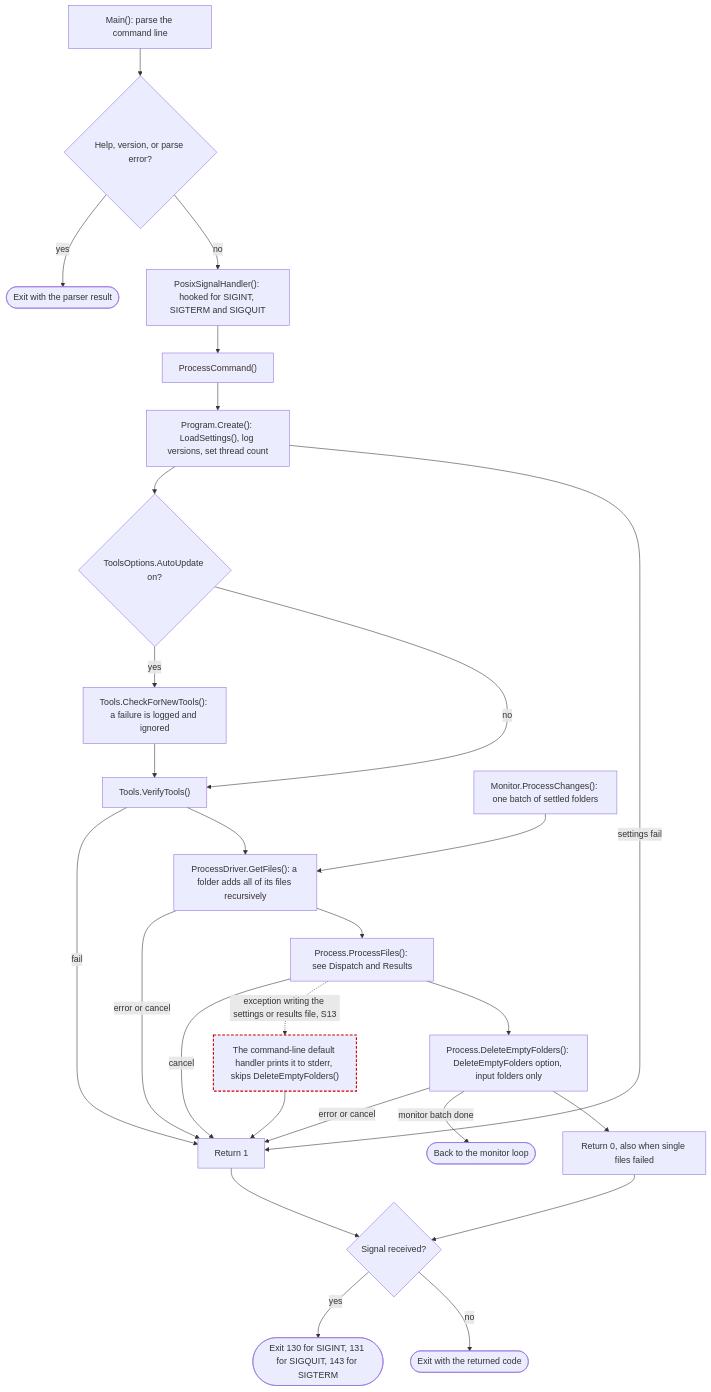
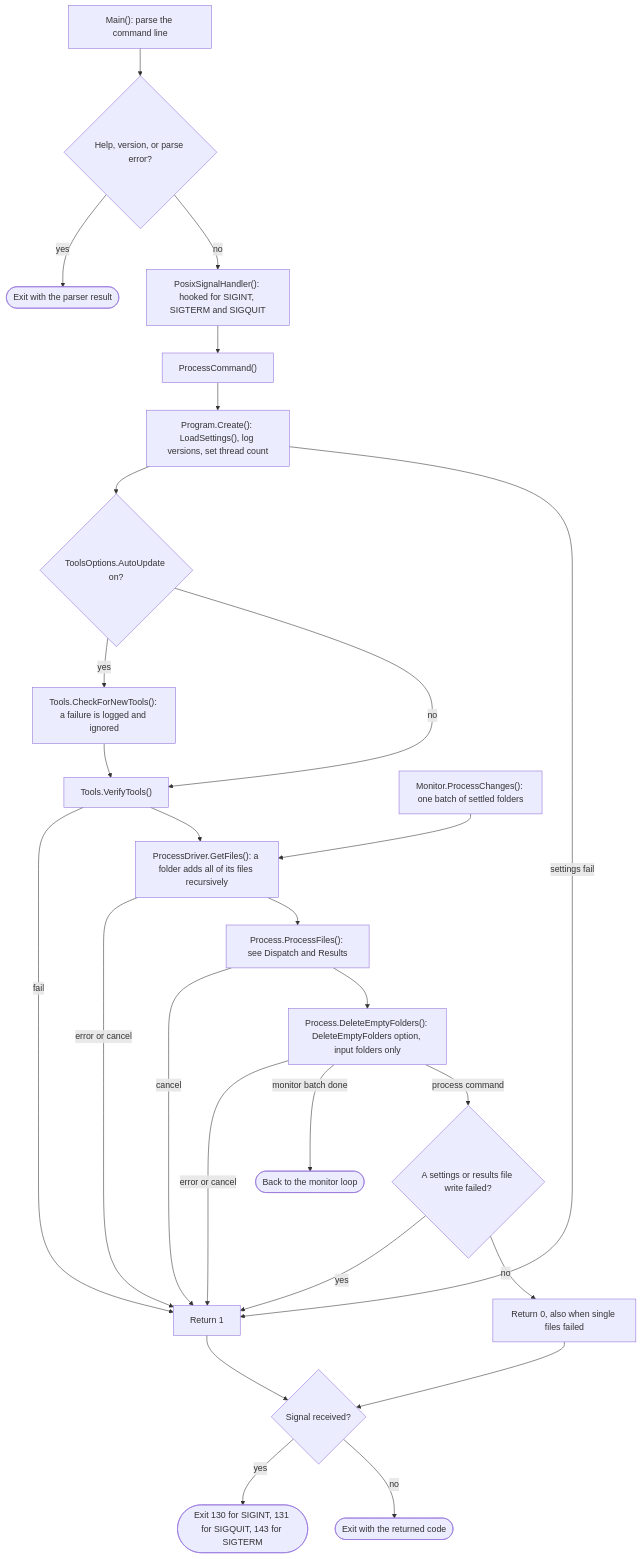
One commit to ptr727/PlexCleaner changed the first of 19 diagrams in ARCHITECTURE.md. Above: the diagram before and after it, drawn with Mermaid. The commit also changed other lines of this file, not shown here.

First line of the commit message:
Redraw Fixed Branches and Split Wide Charts in ARCHITECTURE.md (#1131)

````diff
--- a/ARCHITECTURE.md
+++ b/ARCHITECTURE.md
@@ -227,30 +227,29 @@
 ```mermaid
 flowchart TD
   A["Main(): parse the command line"] --> A1{"Help, version, or parse error?"}
   A1 -->|yes| AX(["Exit with the parser result"])
   A1 -->|no| A2["PosixSignalHandler(): hooked for SIGINT, SIGTERM and SIGQUIT"]
   A2 --> B["ProcessCommand()"]
   B --> C["Program.Create(): LoadSettings(), log versions, set thread count"]
   C --> C1{"ToolsOptions.AutoUpdate on?"}
   C1 -->|yes| C2["Tools.CheckForNewTools(): a failure is logged and ignored"]
   C1 -->|no| C3
   C2 --> C3["Tools.VerifyTools()"]
   C --> |settings fail| R1
   C3 -->|fail| R1["Return 1"]
   C3 --> D["ProcessDriver.GetFiles(): a folder adds all of its files recursively"]
   MON["Monitor.ProcessChanges(): one batch of settled folders"] --> D
   D -->|error or cancel| R1
   D --> F["Process.ProcessFiles(): see Dispatch and Results"]
   F -->|cancel| R1
-  F -.->|"exception writing the settings or results file, S13"| CRASH["The command-line default handler prints it to stderr, skips DeleteEmptyFolders()"]:::suspect
-  CRASH --> R1
   F --> G["Process.DeleteEmptyFolders(): DeleteEmptyFolders option, input folders only"]
   G -->|error or cancel| R1
   G -->|"monitor batch done"| MON2(["Back to the monitor loop"])
-  G --> R0["Return 0, also when single files failed"]
+  G -->|"process command"| W{"A settings or results file write failed?"}
+  W -->|yes| R1
+  W -->|no| R0["Return 0, also when single files failed"]
   R0 --> S{"Signal received?"}
   R1 --> S
   S -->|yes| ES(["Exit 130 for SIGINT, 131 for SIGQUIT, 143 for SIGTERM"])
   S -->|no| EN(["Exit with the returned code"])
-  classDef suspect stroke:#c00,stroke-width:2px,stroke-dasharray:5 3
 ```
````
